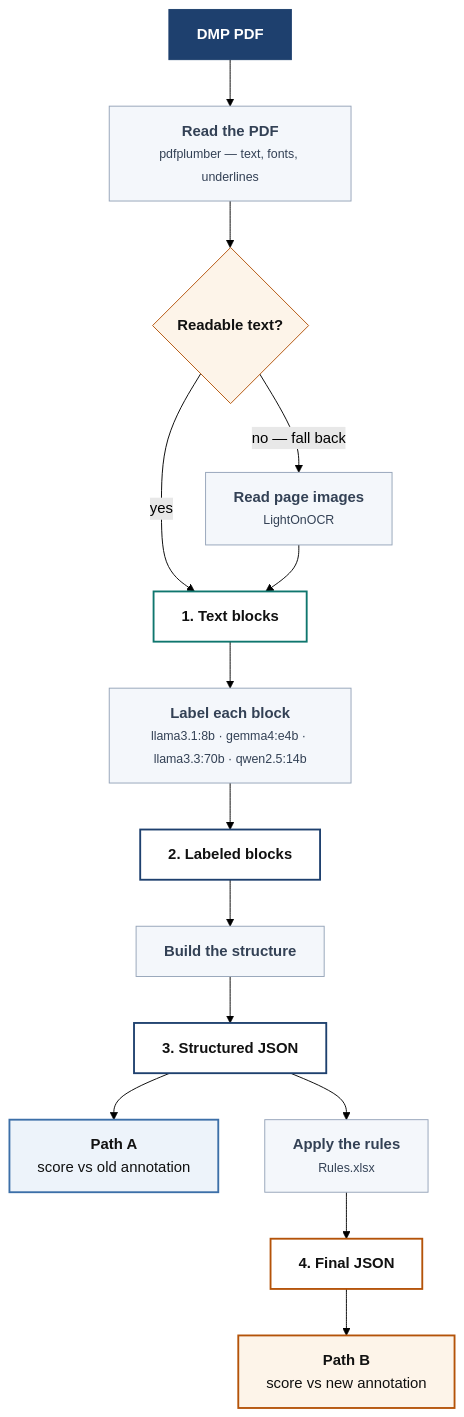
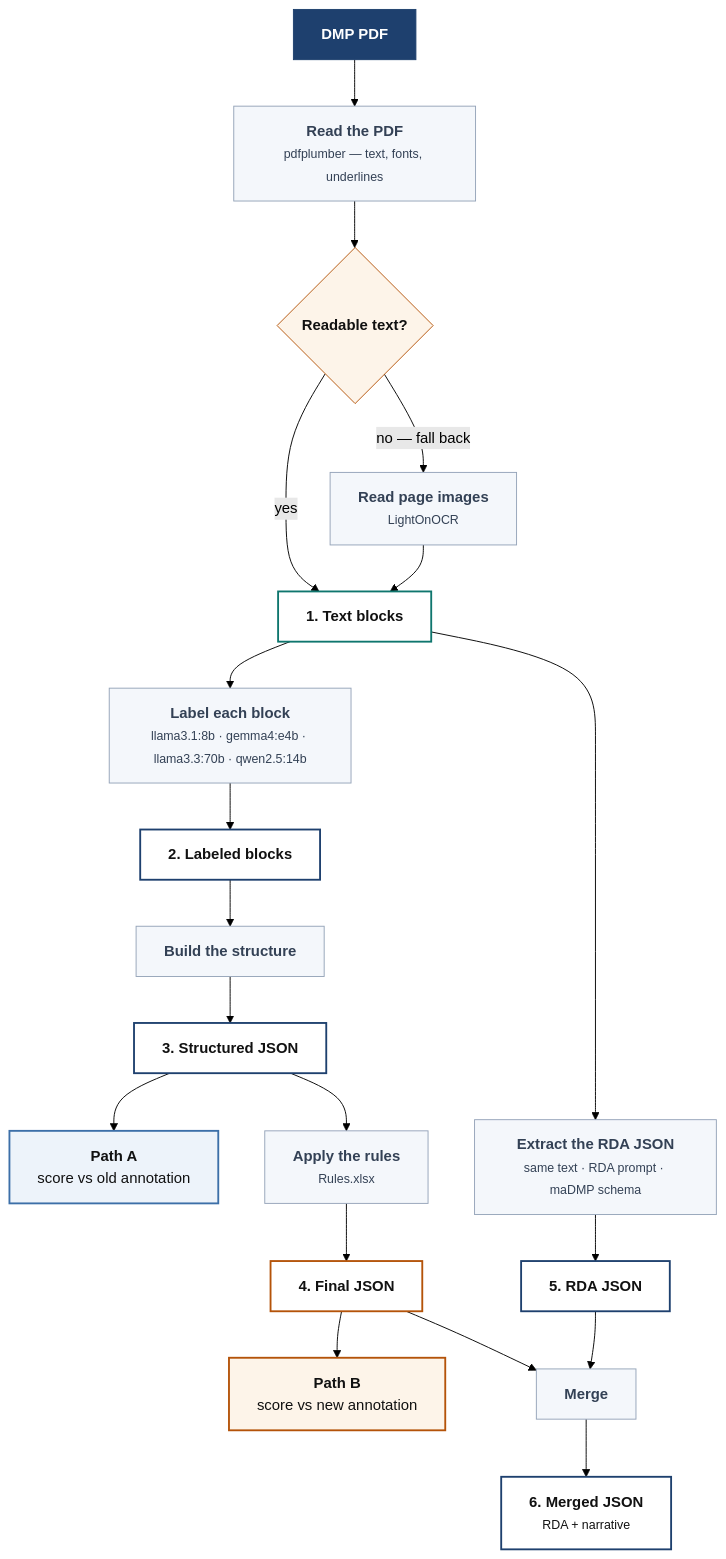
One commit to fairdataihub/dmpbridge changed the diagram in docs/pipeline.md. Above: the diagram before and after it, drawn with Mermaid (forest theme). The commit also changed other lines of this file and 6 other files, not shown here.

Commit message:
Enhance documentation to include RDA JSON integration details and update troubleshooting sections for improved clarity on RDA model handling

````diff
--- a/docs/pipeline.md
+++ b/docs/pipeline.md
@@ -13,37 +16,43 @@
 ```mermaid
 flowchart TD
     PDF["<b>DMP PDF</b>"]
 
     PDF --> READ["<b>Read the PDF</b><br/><small>pdfplumber — text, fonts, underlines</small>"]
     READ --> CHECK{"<b>Readable text?</b>"}
     CHECK -- yes --> S1["<b>1. Text blocks</b>"]
     CHECK -- "no — fall back" --> OCR["<b>Read page images</b><br/><small>LightOnOCR</small>"]
     OCR --> S1
     S1 --> LABEL["<b>Label each block</b><br/><small>llama3.1:8b · gemma4:e4b · llama3.3:70b · qwen2.5:14b</small>"]
     LABEL --> S2["<b>2. Labeled blocks</b>"]
     S2 --> BUILD["<b>Build the structure</b>"]
     BUILD --> S3["<b>3. Structured JSON</b>"]
 
     S3 --> PATHA["<b>Path A</b><br/>score vs old annotation"]
     S3 --> RULES["<b>Apply the rules</b><br/><small>Rules.xlsx</small>"]
     RULES --> S4["<b>4. Final JSON</b>"]
     S4 --> PATHB["<b>Path B</b><br/>score vs new annotation"]
 
+    S1 --> RDA["<b>Extract the RDA JSON</b><br/><small>same text · RDA prompt · maDMP schema</small>"]
+    RDA --> S5["<b>5. RDA JSON</b>"]
+    S5 --> MERGE["<b>Merge</b>"]
+    S4 --> MERGE
+    MERGE --> S6["<b>6. Merged JSON</b><br/><small>RDA + narrative</small>"]
+
     classDef input  fill:#1E406E,stroke:#1E406E,color:#ffffff
     classDef step   fill:#F4F7FB,stroke:#94A3B8,stroke-width:1px,color:#334155
     classDef cached fill:#ffffff,stroke:#0F766E,stroke-width:2px,color:#111
     classDef data   fill:#ffffff,stroke:#1E406E,stroke-width:2px,color:#111
     classDef rules  fill:#ffffff,stroke:#B45309,stroke-width:2px,color:#111
     classDef pathA  fill:#EDF3FA,stroke:#3C6FA8,stroke-width:2px,color:#111
     classDef pathB  fill:#FDF4E9,stroke:#B45309,stroke-width:2px,color:#111
     classDef check  fill:#FDF4E9,stroke:#B45309,stroke-width:1px,color:#111
 
     class PDF input
-    class READ,LABEL,BUILD,RULES,OCR step
+    class READ,LABEL,BUILD,RULES,OCR,RDA,MERGE step
     class CHECK check
     class S1 cached
-    class S2,S3 data
+    class S2,S3,S5,S6 data
     class S4 rules
     class PATHA pathA
     class PATHB pathB
 ```
````
